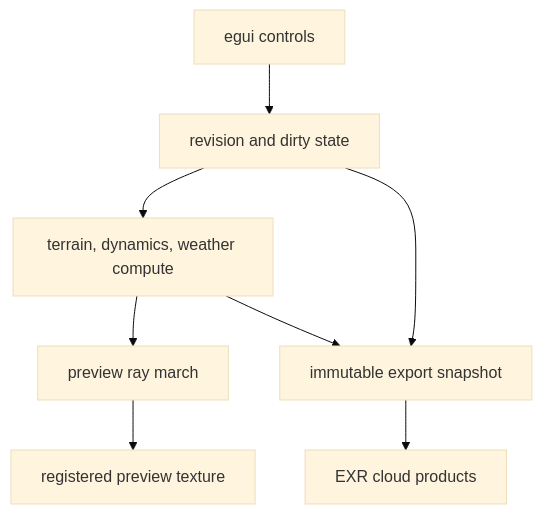
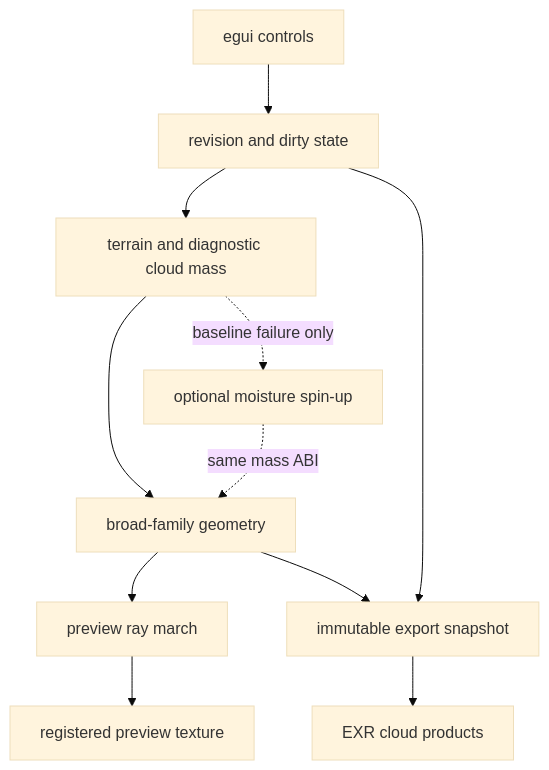
The third of 3 diagrams in docs/plans/2026-07-10-001-feat-shallow-volumetric-clouds-plan.md (ra100/planet-gen), drawn with Mermaid (base theme) before and after one commit. The commit also changed other lines of this file, not shown here.

First line of the commit message:
📋 Refine causal cloud implementation plan

````diff
--- a/docs/plans/2026-07-10-001-feat-shallow-volumetric-clouds-plan.md
+++ b/docs/plans/2026-07-10-001-feat-shallow-volumetric-clouds-plan.md
@@ -612,10 +809,13 @@
 ```mermaid
 flowchart TB
     UI[egui controls] --> App[revision and dirty state]
-    App --> Compute[terrain, dynamics, weather compute]
-    Compute --> Render[preview ray march]
+    App --> Compute[terrain and diagnostic cloud mass]
+    Compute --> Diagnose[broad-family geometry]
+    Compute -. baseline failure only .-> Spin[optional moisture spin-up]
+    Spin -. same mass ABI .-> Diagnose
+    Diagnose --> Render[preview ray march]
     Render --> Egui[registered preview texture]
     App --> Export[immutable export snapshot]
-    Compute --> Export
+    Diagnose --> Export
     Export --> Files[EXR cloud products]
 ```
````
